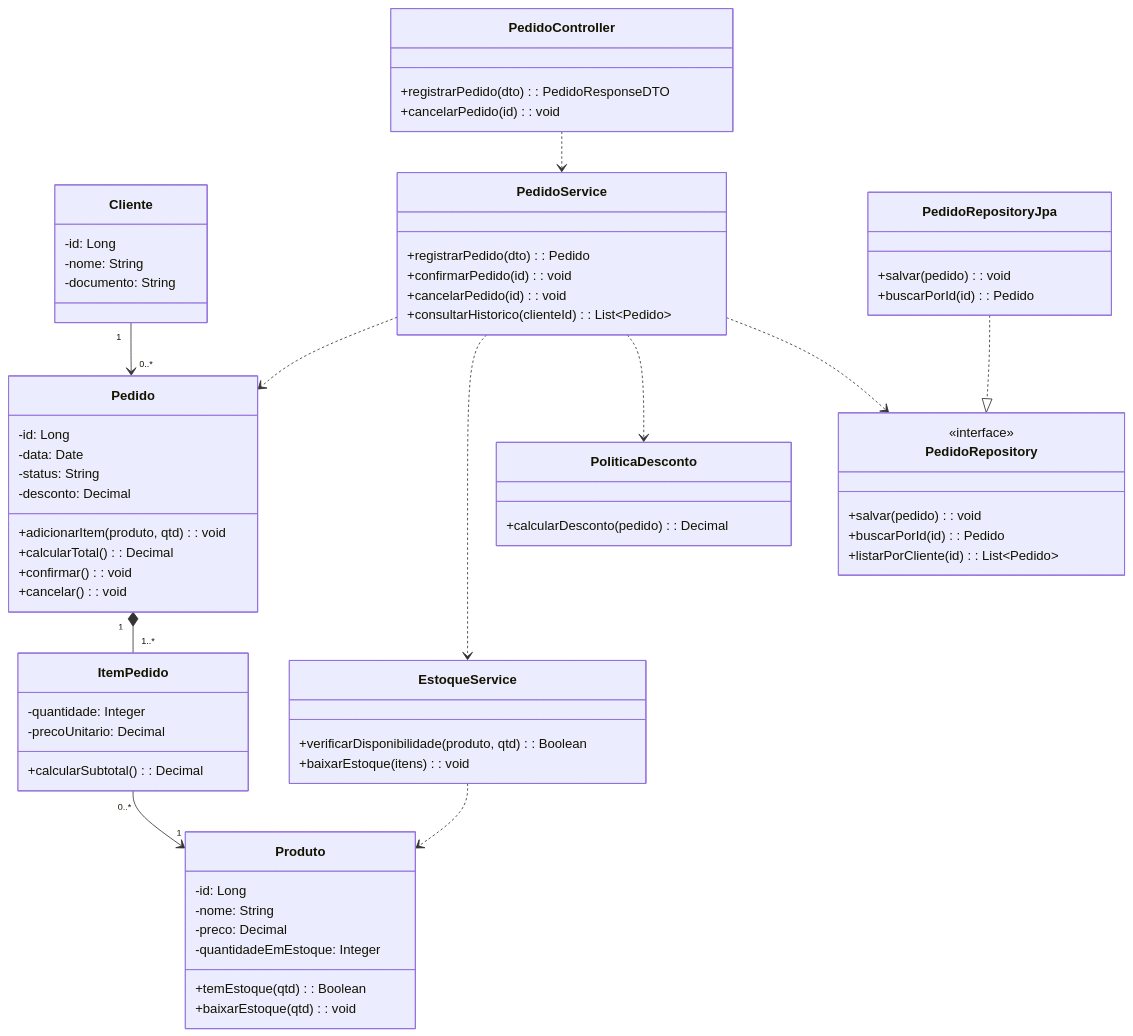
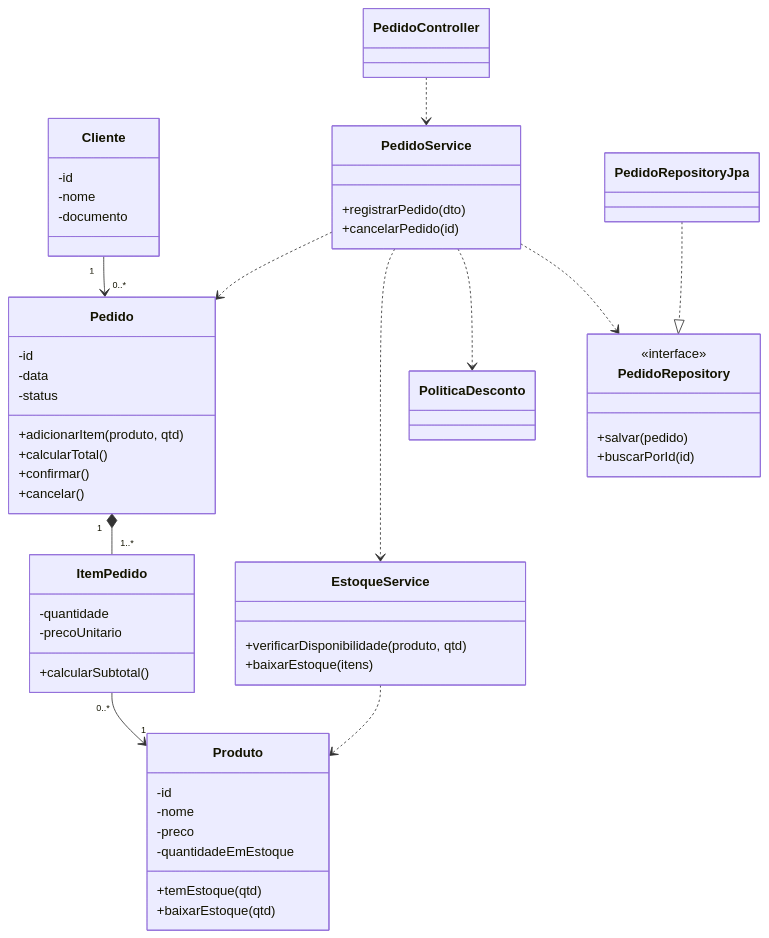
One commit to PedroWatermann/UEM_Eng_Soft changed diagram 13 of 13 in 2_ano/4_semestre/AnaliseProjetoSoftware/ListaExercícios/Lista_6.md. Above: the diagram before and after it, drawn with Mermaid. The commit also changed other lines of this file and 1 other file, not shown here.

````diff
--- a/2_ano/4_semestre/AnaliseProjetoSoftware/ListaExercícios/Lista_6.md
+++ b/2_ano/4_semestre/AnaliseProjetoSoftware/ListaExercícios/Lista_6.md
@@ -804,69 +393,53 @@
 ```mermaid
 classDiagram
     class Cliente {
-        -id: Long
-        -nome: String
-        -documento: String
+        -id
+        -nome
+        -documento
     }
     class Produto {
-        -id: Long
-        -nome: String
-        -preco: Decimal
-        -quantidadeEmEstoque: Integer
-        +temEstoque(qtd): Boolean
-        +baixarEstoque(qtd): void
+        -id
+        -nome
+        -preco
+        -quantidadeEmEstoque
+        +temEstoque(qtd)
+        +baixarEstoque(qtd)
     }
     class Pedido {
-        -id: Long
-        -data: Date
-        -status: String
-        -desconto: Decimal
-        +adicionarItem(produto, qtd): void
-        +calcularTotal(): Decimal
-        +confirmar(): void
-        +cancelar(): void
+        -id
+        -data
+        -status
+        +adicionarItem(produto, qtd)
+        +calcularTotal()
+        +confirmar()
+        +cancelar()
     }
     class ItemPedido {
-        -quantidade: Integer
-        -precoUnitario: Decimal
-        +calcularSubtotal(): Decimal
-    }
-    class PoliticaDesconto {
-        +calcularDesconto(pedido): Decimal
+        -quantidade
+        -precoUnitario
+        +calcularSubtotal()
     }
     class PedidoRepository {
         <<interface>>
-        +salvar(pedido): void
-        +buscarPorId(id): Pedido
-        +listarPorCliente(id): List~Pedido~
+        +salvar(pedido)
+        +buscarPorId(id)
     }
     class PedidoService {
-        +registrarPedido(dto): Pedido
-        +confirmarPedido(id): void
-        +cancelarPedido(id): void
-        +consultarHistorico(clienteId): List~Pedido~
+        +registrarPedido(dto)
+        +cancelarPedido(id)
     }
     class EstoqueService {
-        +verificarDisponibilidade(produto, qtd): Boolean
-        +baixarEstoque(itens): void
+        +verificarDisponibilidade(produto, qtd)
+        +baixarEstoque(itens)
     }
-    class PedidoController {
-        +registrarPedido(dto): PedidoResponseDTO
-        +cancelarPedido(id): void
-    }
-    class PedidoRepositoryJpa {
-        +salvar(pedido): void
-        +buscarPorId(id): Pedido
-    }
-
     Cliente "1" --> "0..*" Pedido
     Pedido "1" *-- "1..*" ItemPedido
     ItemPedido "0..*" --> "1" Produto
     PedidoController ..> PedidoService
     PedidoService ..> Pedido
     PedidoService ..> EstoqueService
     PedidoService ..> PoliticaDesconto
     PedidoService ..> PedidoRepository
     EstoqueService ..> Produto
     PedidoRepositoryJpa ..|> PedidoRepository
 ```
````
